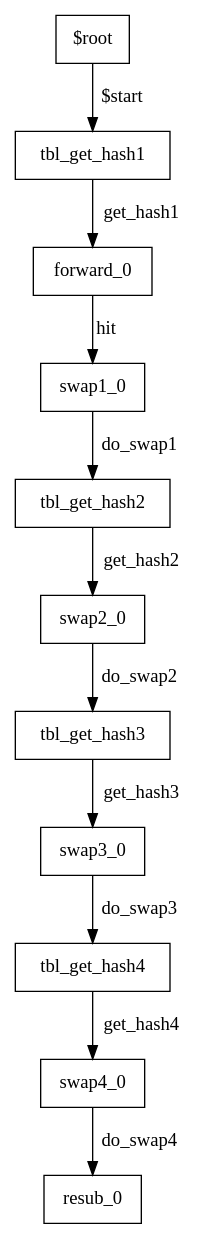
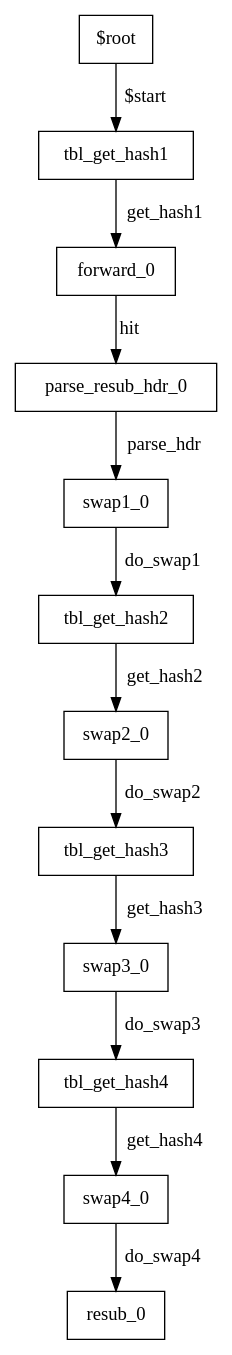
Before and after one commit to joepboumans/waterfall-table: the diagram in waterfall-fcm-srctuple/waterfall_fcm/tofino/pipe/graphs/ingress.power.dot, drawn with Graphviz. The commit also changed 41 other files, not shown here.

```diff
--- a/waterfall-fcm-srctuple/waterfall_fcm/tofino/pipe/graphs/ingress.power.dot
+++ b/waterfall-fcm-srctuple/waterfall_fcm/tofino/pipe/graphs/ingress.power.dot
@@ -1,23 +1,25 @@
 digraph ingress {
 0 [label="$root" shape=box color="black"];
 2 [label="forward_0" shape=box color="black"];
-10 [label="resub_0" shape=box color="black"];
-3 [label="swap1_0" shape=box color="black"];
-5 [label="swap2_0" shape=box color="black"];
-7 [label="swap3_0" shape=box color="black"];
-9 [label="swap4_0" shape=box color="black"];
+3 [label="parse_resub_hdr_0" shape=box color="black"];
+11 [label="resub_0" shape=box color="black"];
+4 [label="swap1_0" shape=box color="black"];
+6 [label="swap2_0" shape=box color="black"];
+8 [label="swap3_0" shape=box color="black"];
+10 [label="swap4_0" shape=box color="black"];
 1 [label="tbl_get_hash1" shape=box color="black"];
-4 [label="tbl_get_hash2" shape=box color="black"];
-6 [label="tbl_get_hash3" shape=box color="black"];
-8 [label="tbl_get_hash4" shape=box color="black"];
+5 [label="tbl_get_hash2" shape=box color="black"];
+7 [label="tbl_get_hash3" shape=box color="black"];
+9 [label="tbl_get_hash4" shape=box color="black"];
 0-> 1 [label="$start" color="black"];
 2-> 3 [label="hit" color="black"];
-3-> 4 [label="do_swap1" color="black"];
-5-> 6 [label="do_swap2" color="black"];
-7-> 8 [label="do_swap3" color="black"];
-9-> 10 [label="do_swap4" color="black"];
+3-> 4 [label="parse_hdr" color="black"];
+4-> 5 [label="do_swap1" color="black"];
+6-> 7 [label="do_swap2" color="black"];
+8-> 9 [label="do_swap3" color="black"];
+10-> 11 [label="do_swap4" color="black"];
 1-> 2 [label="get_hash1" color="black"];
-4-> 5 [label="get_hash2" color="black"];
-6-> 7 [label="get_hash3" color="black"];
-8-> 9 [label="get_hash4" color="black"];
+5-> 6 [label="get_hash2" color="black"];
+7-> 8 [label="get_hash3" color="black"];
+9-> 10 [label="get_hash4" color="black"];
 }
```
